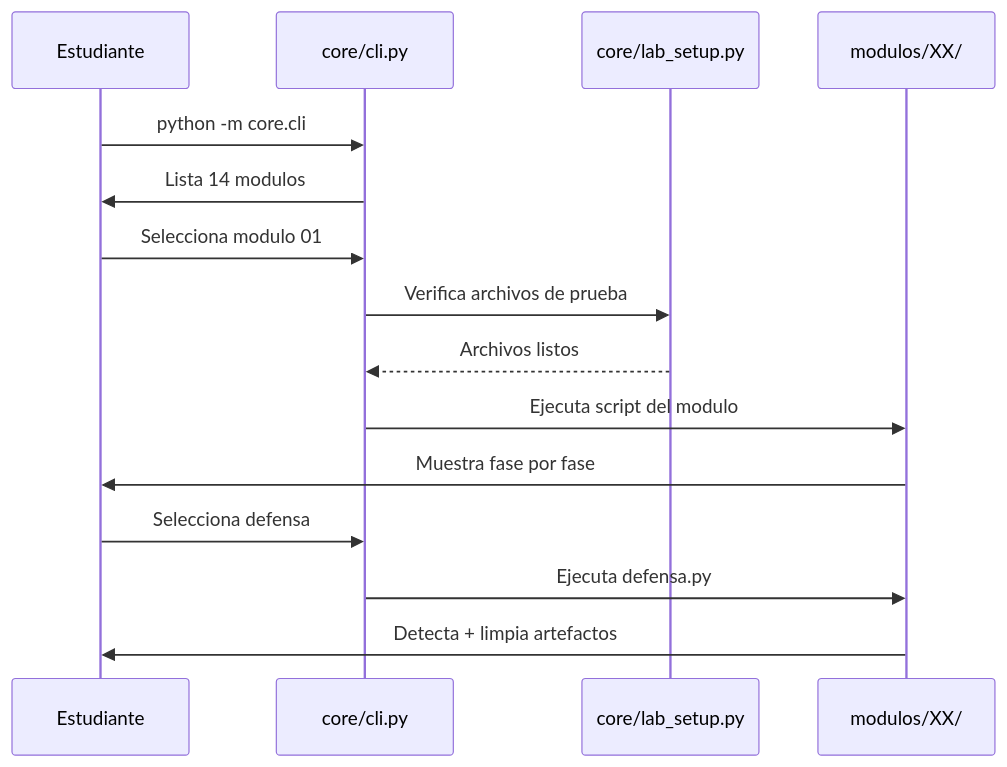
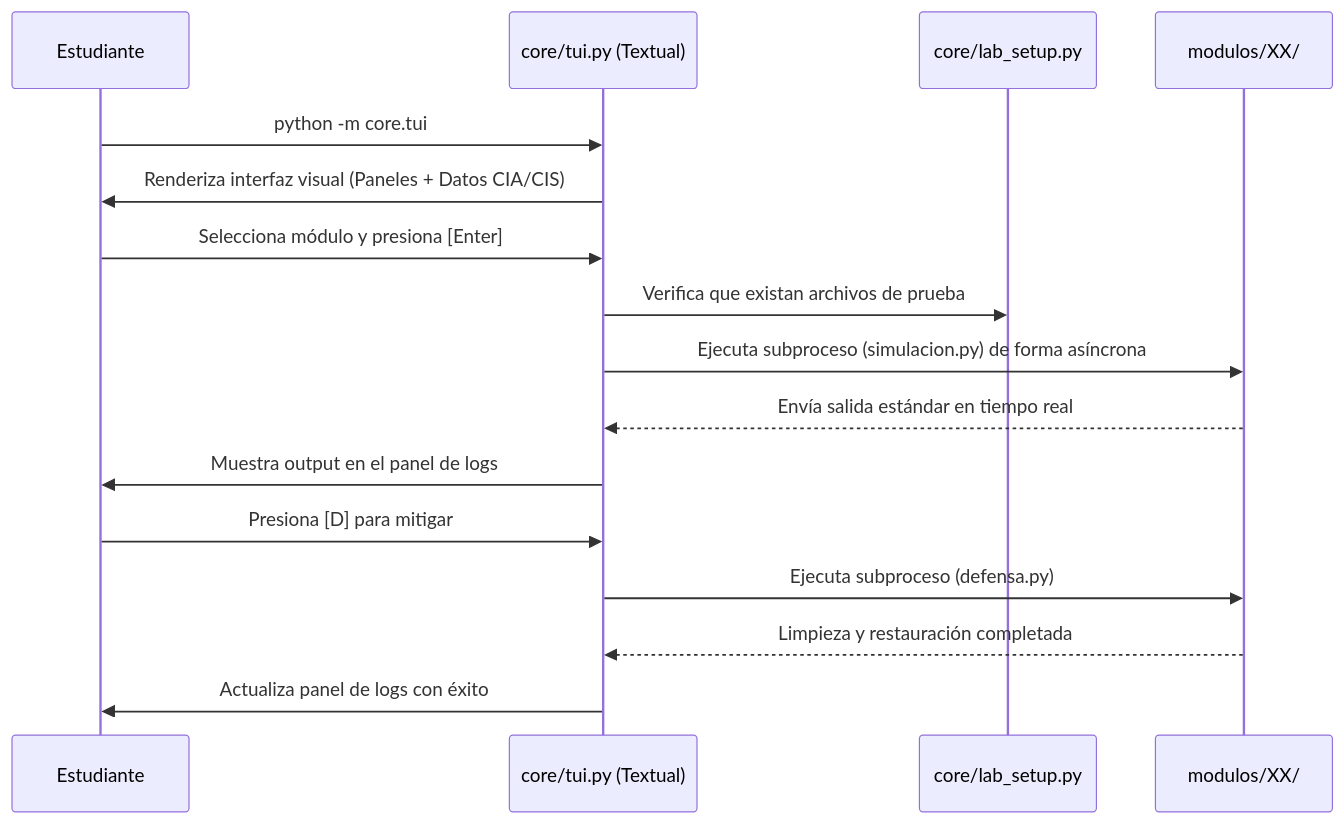
Before and after one commit to dozelix/easml-framework: the second of 3 diagrams in README.md, drawn with Mermaid. The commit also changed other lines of this file, not shown here.

````diff
--- a/README.md
+++ b/README.md
@@ -100,18 +90,20 @@
 ```mermaid
 sequenceDiagram
     participant E as Estudiante
-    participant C as core/cli.py
+    participant T as core/tui.py (Textual)
     participant S as core/lab_setup.py
     participant M as modulos/XX/
 
-    E->>C: python -m core.cli
-    C->>E: Lista 14 modulos
-    E->>C: Selecciona modulo 01
-    C->>S: Verifica archivos de prueba
-    S-->>C: Archivos listos
-    C->>M: Ejecuta script del modulo
-    M->>E: Muestra fase por fase
-    E->>C: Selecciona defensa
-    C->>M: Ejecuta defensa.py
-    M->>E: Detecta + limpia artefactos
+    E->>T: python -m core.tui
+    T->>E: Renderiza interfaz visual (Paneles + Datos CIA/CIS)
+    E->>T: Selecciona módulo y presiona [Enter]
+    T->>S: Verifica que existan archivos de prueba
+    T->>M: Ejecuta subproceso (simulacion.py) de forma asíncrona
+    M-->>T: Envía salida estándar en tiempo real
+    T->>E: Muestra output en el panel de logs
+    E->>T: Presiona [D] para mitigar
+    T->>M: Ejecuta subproceso (defensa.py)
+    M-->>T: Limpieza y restauración completada
+    T->>E: Actualiza panel de logs con éxito
+
 ```
````
